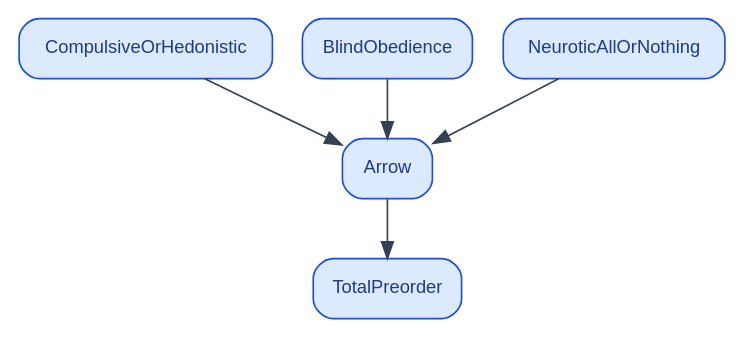
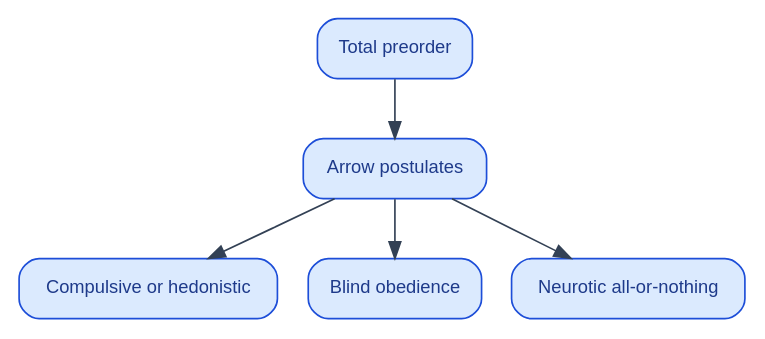
One commit to catskillsresearch/nowakowska1982 changed the diagram in Actions/Choice/Arrow.dot. Above: the diagram before and after it, drawn with Graphviz. The commit also changed 11 other files, not shown here.

First line of the commit message:
Fix import diagrams: subsection-title labels and A→B import edges.

```diff
--- a/Actions/Choice/Arrow.dot
+++ b/Actions/Choice/Arrow.dot
@@ -1,17 +1,18 @@
 digraph Arrow {
   rankdir=TB;
   node [shape=box, style="rounded,filled", fillcolor="#dbeafe",
         color="#1d4ed8", fontname="Helvetica", fontsize=11, fontcolor="#1e3a8a"];
   edge [color="#334155"];
 
-  TotalPreorder [label="TotalPreorder"];
-  Arrow [label="Arrow"];
-  CompulsiveOrHedonistic [label="CompulsiveOrHedonistic"];
-  BlindObedience [label="BlindObedience"];
-  NeuroticAllOrNothing [label="NeuroticAllOrNothing"];
+  // Labels = subsection titles. Edge A -> B means B imports A.
+  TotalPreorder [label="Total preorder"];
+  Arrow [label="Arrow postulates"];
+  CompulsiveOrHedonistic [label="Compulsive or hedonistic"];
+  BlindObedience [label="Blind obedience"];
+  NeuroticAllOrNothing [label="Neurotic all-or-nothing"];
 
-  Arrow -> TotalPreorder;
-  CompulsiveOrHedonistic -> Arrow;
-  BlindObedience -> Arrow;
-  NeuroticAllOrNothing -> Arrow;
+  TotalPreorder -> Arrow;
+  Arrow -> CompulsiveOrHedonistic;
+  Arrow -> BlindObedience;
+  Arrow -> NeuroticAllOrNothing;
 }
```
